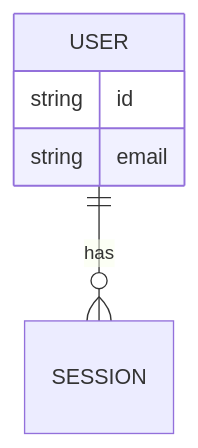
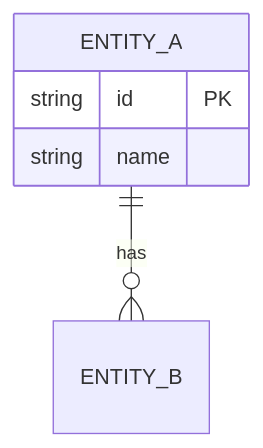
The diagram in .orderspec/templates/spec-template.md (bulbigood/OrderSpec), drawn with Mermaid before and after one commit. The commit also changed other lines of this file and 29 other files, not shown here.

````diff
--- a/.orderspec/templates/spec-template.md
+++ b/.orderspec/templates/spec-template.md
@@ -110,8 +65,8 @@
 ```mermaid
 erDiagram
-    USER ||--o{ SESSION : has
-    USER {
-        string id
-        string email
+    ENTITY_A ||--o{ ENTITY_B : has
+    ENTITY_A {
+        string id PK
+        string name
     }
 ```
````
